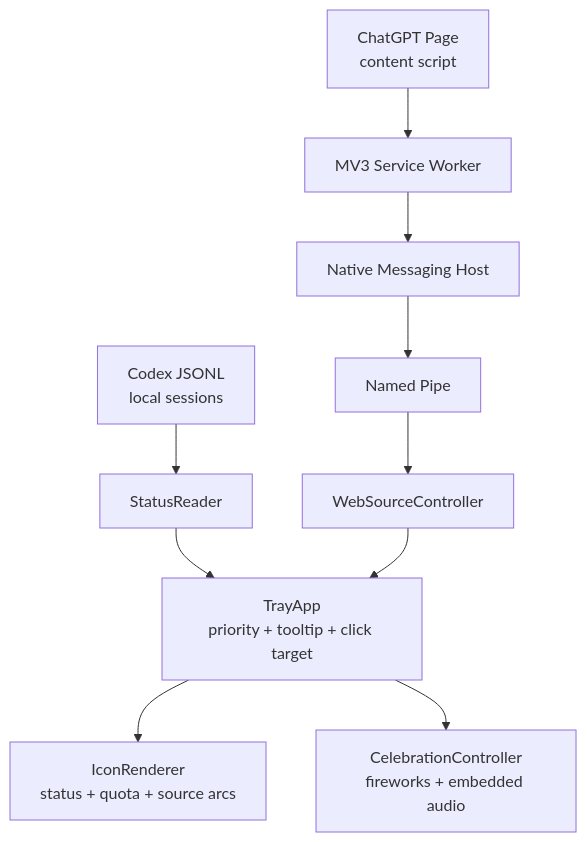
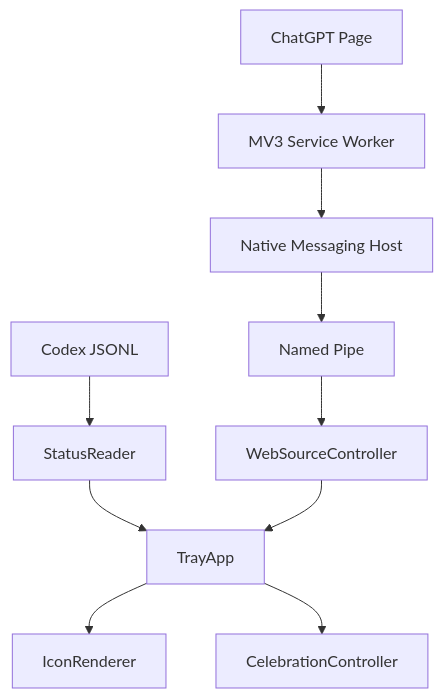
The second of 2 diagrams in README.md (xiapazhi/codex-status-light), drawn with Mermaid before and after one commit. The commit also changed other lines of this file and 1 other file, not shown here.

````diff
--- a/README.md
+++ b/README.md
@@ -215,12 +145,12 @@
 ```mermaid
 flowchart TB
-    Local["Codex JSONL<br/>local sessions"] --> Reader["StatusReader"]
-    Page["ChatGPT Page<br/>content script"] --> Worker["MV3 Service Worker"]
+    Local["Codex JSONL"] --> Reader["StatusReader"]
+    Page["ChatGPT Page"] --> Worker["MV3 Service Worker"]
     Worker --> Native["Native Messaging Host"]
     Native --> Pipe["Named Pipe"]
     Pipe --> Web["WebSourceController"]
-    Reader --> Tray["TrayApp<br/>priority + tooltip + click target"]
+    Reader --> Tray["TrayApp"]
     Web --> Tray
-    Tray --> Icon["IconRenderer<br/>status + quota + source arcs"]
-    Tray --> Firework["CelebrationController<br/>fireworks + embedded audio"]
+    Tray --> Icon["IconRenderer"]
+    Tray --> Firework["CelebrationController"]
 ```
````
